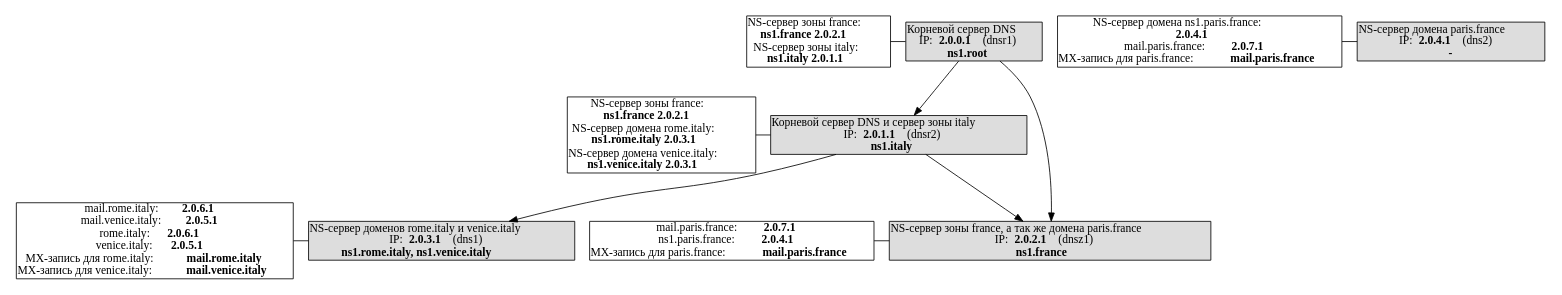
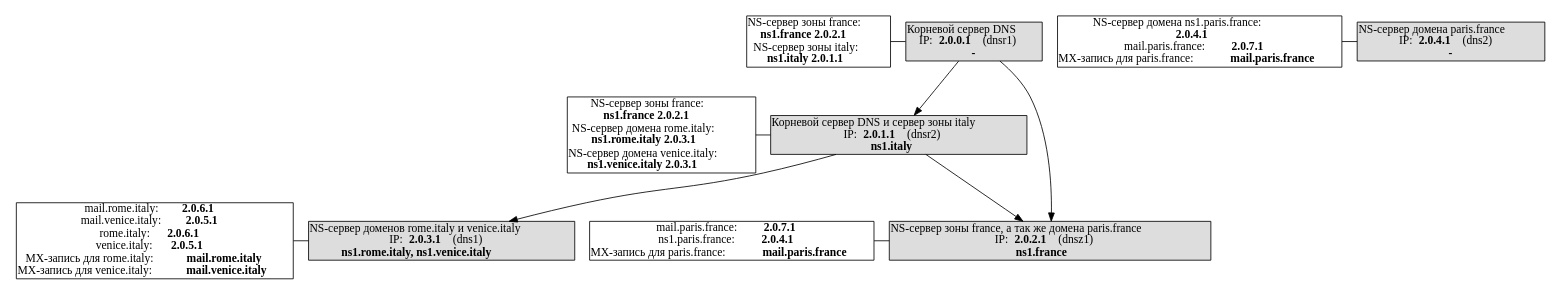
One commit to afrolovskiy/np changed the diagram in lab5/report/graphs/dns.gv. Above: the diagram before and after it, drawn with Graphviz. The commit also changed 1 other file, not shown here.

```diff
--- a/lab5/report/graphs/dns.gv
+++ b/lab5/report/graphs/dns.gv
@@ -1,96 +1,96 @@
 digraph G {
         margin=0;
         node [margin=0];
         
 subgraph cluster_0 {
 color=none;
 rank=same;
 _2_0_3_1 [shape="none", label=<
 <TABLE BGCOLOR="#DDDDDD" CELLPADDING="0" CELLSPACING="0" CELLBORDER="0">
 <TR><TD>NS-сервер доменов rome.italy и venice.italy</TD></TR>
 <TR><TD>IP: <B>2.0.3.1</B> (dns1)</TD></TR>
 <TR><TD><B>ns1.rome.italy, ns1.venice.italy</B></TD></TR>
 </TABLE>>];
 _2_0_3_1_records [shape="none", label=<
 <TABLE BGCOLOR="#FFFFFF" CELLPADDING="0" CELLSPACING="0" CELLBORDER="0">
 <TR><TD>mail.rome.italy: <B>2.0.6.1</B></TD></TR>
 <TR><TD>mail.venice.italy: <B>2.0.5.1</B></TD></TR>
 <TR><TD>rome.italy: <B>2.0.6.1</B></TD></TR>
 <TR><TD>venice.italy: <B>2.0.5.1</B></TD></TR>
 <TR><TD>MX-запись для rome.italy: <B>mail.rome.italy</B></TD></TR>
 <TR><TD>MX-запись для venice.italy: <B>mail.venice.italy</B></TD></TR>
 </TABLE>>];
 _2_0_3_1 -> _2_0_3_1_records [constraint=False, dir=none];
 }
 subgraph cluster_1 {
 color=none;
 rank=same;
 _2_0_1_1 [shape="none", label=<
 <TABLE BGCOLOR="#DDDDDD" CELLPADDING="0" CELLSPACING="0" CELLBORDER="0">
 <TR><TD>Корневой сервер DNS и сервер зоны italy</TD></TR>
 <TR><TD>IP: <B>2.0.1.1</B> (dnsr2)</TD></TR>
 <TR><TD><B>ns1.italy</B></TD></TR>
 </TABLE>>];
 _2_0_1_1_records [shape="none", label=<
 <TABLE BGCOLOR="#FFFFFF" CELLPADDING="0" CELLSPACING="0" CELLBORDER="0">
 <TR><TD>NS-сервер зоны france:</TD></TR><TR><TD><B>ns1.france 2.0.2.1</B></TD></TR>
 <TR><TD>NS-сервер домена rome.italy:</TD></TR><TR><TD><B>ns1.rome.italy 2.0.3.1</B></TD></TR>
 <TR><TD>NS-сервер домена venice.italy:</TD></TR><TR><TD><B>ns1.venice.italy 2.0.3.1</B></TD></TR>
 </TABLE>>];
 _2_0_1_1 -> _2_0_1_1_records [constraint=False, dir=none];
 }
 subgraph cluster_2 {
 color=none;
 rank=same;
 _2_0_0_1 [shape="none", label=<
 <TABLE BGCOLOR="#DDDDDD" CELLPADDING="0" CELLSPACING="0" CELLBORDER="0">
 <TR><TD>Корневой сервер DNS</TD></TR>
 <TR><TD>IP: <B>2.0.0.1</B> (dnsr1)</TD></TR>
-<TR><TD><B>ns1.root</B></TD></TR>
+<TR><TD><B>-</B></TD></TR>
 </TABLE>>];
 _2_0_0_1_records [shape="none", label=<
 <TABLE BGCOLOR="#FFFFFF" CELLPADDING="0" CELLSPACING="0" CELLBORDER="0">
 <TR><TD>NS-сервер зоны france:</TD></TR><TR><TD><B>ns1.france 2.0.2.1</B></TD></TR>
 <TR><TD>NS-сервер зоны italy:</TD></TR><TR><TD><B>ns1.italy 2.0.1.1</B></TD></TR>
 </TABLE>>];
 _2_0_0_1 -> _2_0_0_1_records [constraint=False, dir=none];
 }
 subgraph cluster_3 {
 color=none;
 rank=same;
 _2_0_4_1 [shape="none", label=<
 <TABLE BGCOLOR="#DDDDDD" CELLPADDING="0" CELLSPACING="0" CELLBORDER="0">
 <TR><TD>NS-сервер домена paris.france</TD></TR>
 <TR><TD>IP: <B>2.0.4.1</B> (dns2)</TD></TR>
 <TR><TD><B>-</B></TD></TR>
 </TABLE>>];
 _2_0_4_1_records [shape="none", label=<
 <TABLE BGCOLOR="#FFFFFF" CELLPADDING="0" CELLSPACING="0" CELLBORDER="0">
 <TR><TD>NS-сервер домена ns1.paris.france:</TD></TR><TR><TD><B>2.0.4.1 </B></TD></TR>
 <TR><TD>mail.paris.france: <B>2.0.7.1</B></TD></TR>
 <TR><TD>MX-запись для paris.france: <B>mail.paris.france</B></TD></TR>
 </TABLE>>];
 _2_0_4_1 -> _2_0_4_1_records [constraint=False, dir=none];
 }
 subgraph cluster_4 {
 color=none;
 rank=same;
 _2_0_2_1 [shape="none", label=<
 <TABLE BGCOLOR="#DDDDDD" CELLPADDING="0" CELLSPACING="0" CELLBORDER="0">
 <TR><TD>NS-сервер зоны france, а так же домена paris.france</TD></TR>
 <TR><TD>IP: <B>2.0.2.1</B> (dnsz1)</TD></TR>
 <TR><TD><B>ns1.france</B></TD></TR>
 </TABLE>>];
 _2_0_2_1_records [shape="none", label=<
 <TABLE BGCOLOR="#FFFFFF" CELLPADDING="0" CELLSPACING="0" CELLBORDER="0">
 <TR><TD>mail.paris.france: <B>2.0.7.1</B></TD></TR>
 <TR><TD>ns1.paris.france: <B>2.0.4.1</B></TD></TR>
 <TR><TD>MX-запись для paris.france: <B>mail.paris.france</B></TD></TR>
 </TABLE>>];
 _2_0_2_1 -> _2_0_2_1_records [constraint=False, dir=none];
 }
 _2_0_0_1 -> _2_0_1_1;
 _2_0_0_1 -> _2_0_2_1;
 _2_0_1_1 -> _2_0_3_1;
 _2_0_1_1 -> _2_0_2_1;
 }
```
